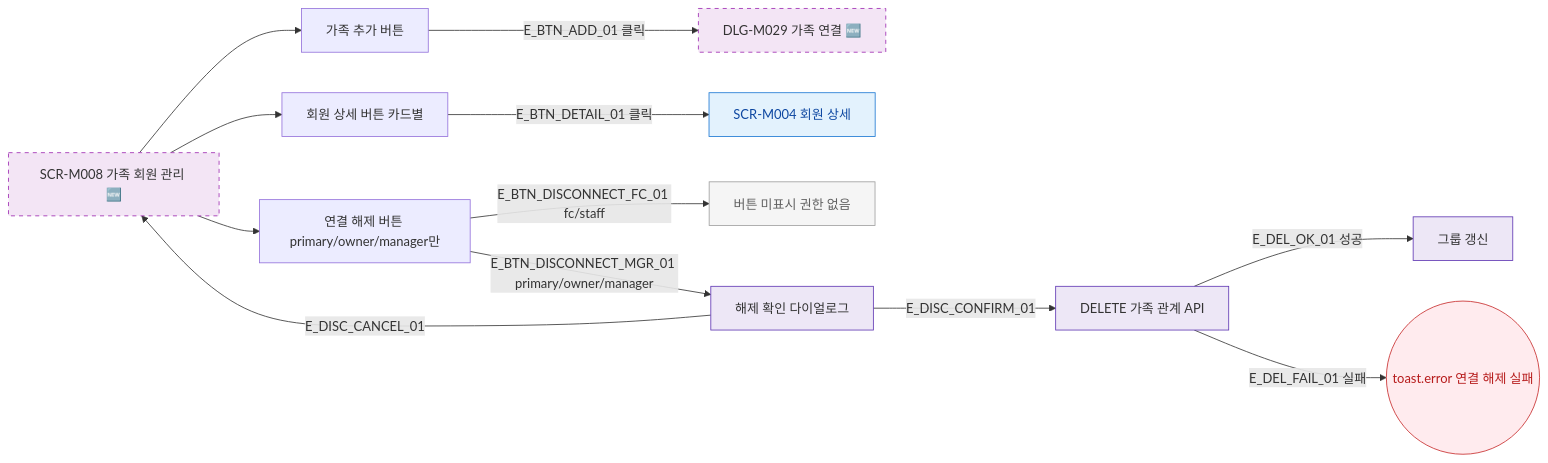
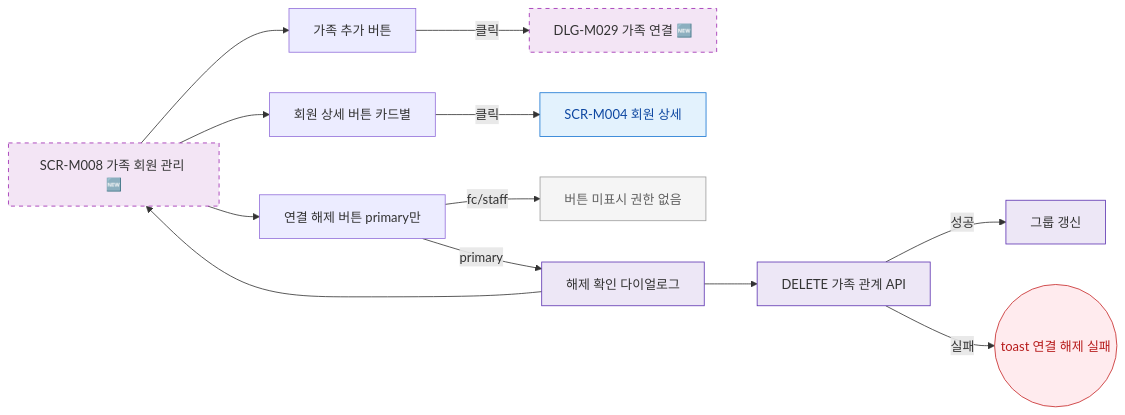
The diagram in docs/다이어그램/D02_회원관리/SCR-M008_가족회원/F3_버튼액션.md (dev-spogym/admin-pando), drawn with Mermaid before and after one commit. The commit also changed other lines of this file and 1660 other files, not shown here.

First line of the commit message:
다이어그램: 기획자/클라이언트 납품본으로 정리

````diff
--- a/docs/다이어그램/D02_회원관리/SCR-M008_가족회원/F3_버튼액션.md
+++ b/docs/다이어그램/D02_회원관리/SCR-M008_가족회원/F3_버튼액션.md
@@ -22,30 +20,30 @@
 ```mermaid
 flowchart LR
   SCR_M008[SCR-M008 가족 회원 관리 🆕]
 
   SCR_M008 --> BTN_ADD[가족 추가 버튼]
   SCR_M008 --> BTN_DETAIL[회원 상세 버튼 카드별]
-  SCR_M008 --> BTN_DISCONNECT[연결 해제 버튼 primary/owner/manager만]
+  SCR_M008 --> BTN_DISCONNECT[연결 해제 버튼 primary만]
 
-  BTN_ADD -->|E_BTN_ADD_01 클릭| DLG_M029[DLG-M029 가족 연결 🆕]
-  BTN_DETAIL -->|E_BTN_DETAIL_01 클릭| SCR_M004[SCR-M004 회원 상세]
-  BTN_DISCONNECT -->|E_BTN_DISCONNECT_FC_01 fc/staff| BTN_DISC_HIDDEN[버튼 미표시 권한 없음]
-  BTN_DISCONNECT -->|E_BTN_DISCONNECT_MGR_01 primary/owner/manager| CONFIRM[해제 확인 다이얼로그]
+  BTN_ADD -->|클릭|DLG_M029[DLG-M029 가족 연결 🆕]
+  BTN_DETAIL -->|클릭|SCR_M004[SCR-M004 회원 상세]
+  BTN_DISCONNECT -->|fc/staff|BTN_DISC_HIDDEN[버튼 미표시 권한 없음]
+  BTN_DISCONNECT -->|primary|CONFIRM[해제 확인 다이얼로그]
 
-  CONFIRM -->|E_DISC_CONFIRM_01| API_DEL[DELETE 가족 관계 API]
-  CONFIRM -->|E_DISC_CANCEL_01| SCR_M008
-  API_DEL -->|E_DEL_OK_01 성공| REFRESH[그룹 갱신]
-  API_DEL -->|E_DEL_FAIL_01 실패| TOAST_ERR((toast.error 연결 해제 실패))
+  CONFIRM --> API_DEL[DELETE 가족 관계 API]
+  CONFIRM --> SCR_M008
+  API_DEL -->|성공|REFRESH[그룹 갱신]
+  API_DEL -->|실패|TOAST_ERR((toast 연결 해제 실패))
 
-  classDef screen     fill:#E3F2FD,stroke:#1976D2,color:#0D47A1
+  classDef screen fill:#E3F2FD,stroke:#1976D2,color:#0D47A1
   classDef newFeature fill:#F3E5F5,stroke:#9C27B0,stroke-dasharray:5 5
-  classDef error      fill:#FFEBEE,stroke:#C62828,color:#B71C1C
-  classDef system     fill:#EDE7F6,stroke:#5E35B2
+  classDef error fill:#FFEBEE,stroke:#C62828,color:#B71C1C
+  classDef system fill:#EDE7F6,stroke:#5E35B2
   classDef rbacBlocked fill:#F5F5F5,stroke:#9E9E9E,color:#616161
 
   class SCR_M004 screen
   class SCR_M008,DLG_M029 newFeature
   class TOAST_ERR error
   class CONFIRM,API_DEL,REFRESH system
   class BTN_DISC_HIDDEN rbacBlocked
 ```
````
